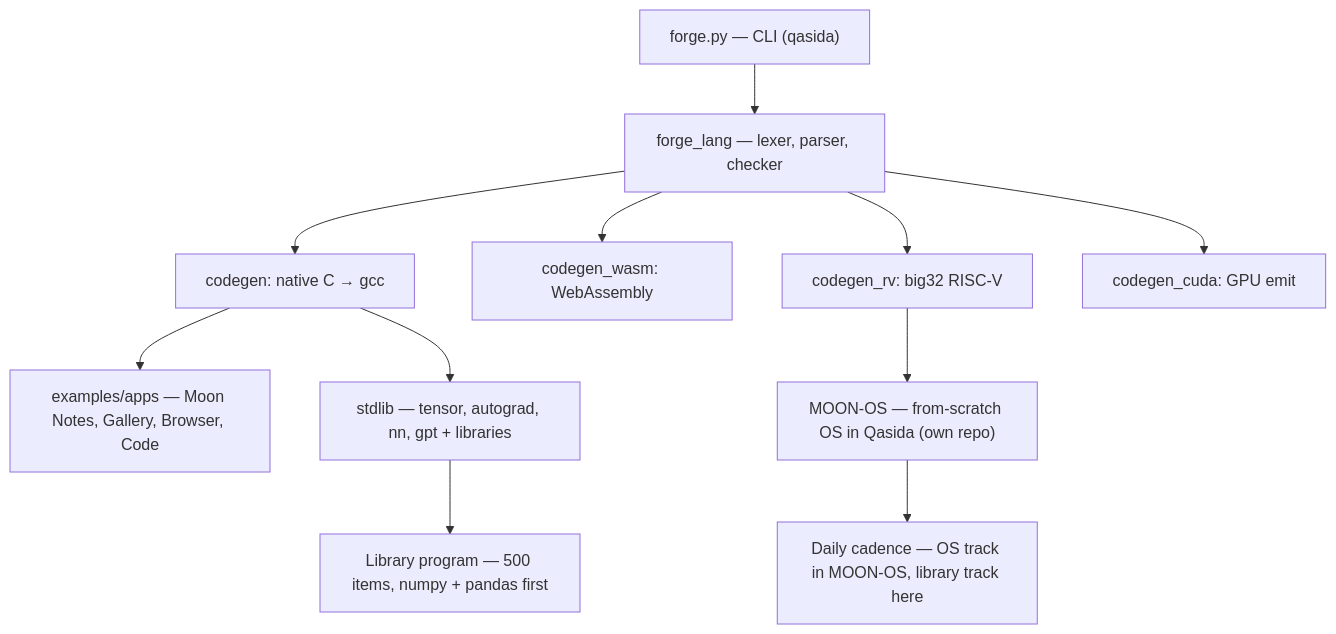
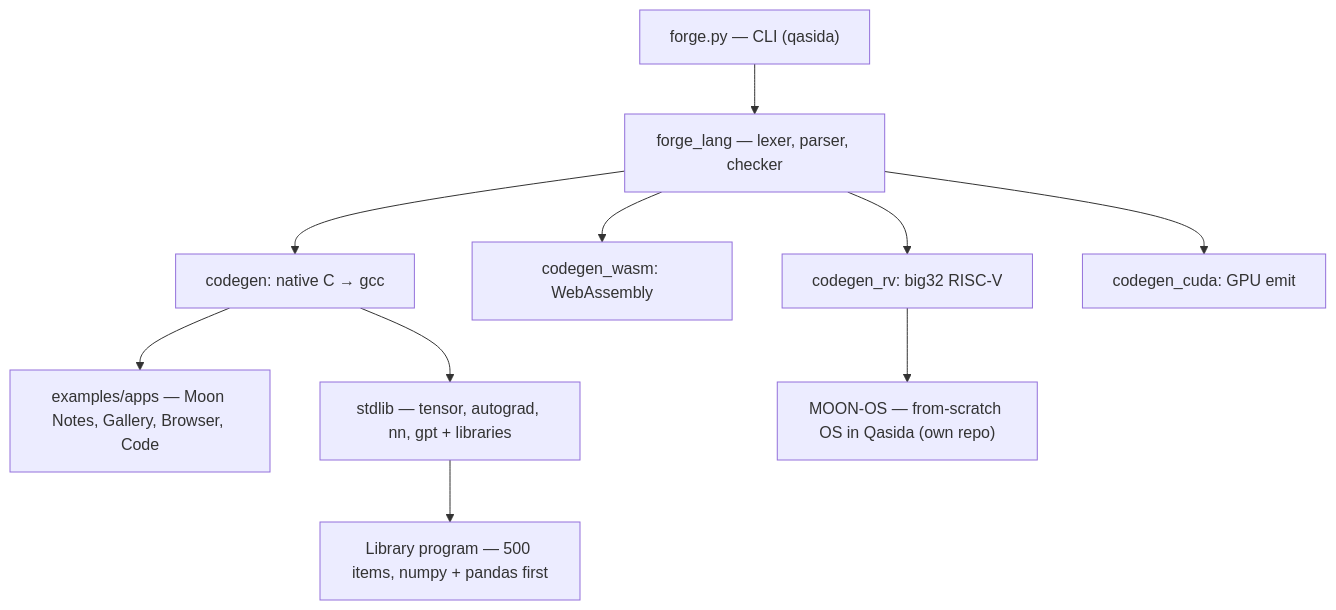
Before and after one commit to themythofsisyphusjayant/RED-MOON-: the second of 2 diagrams in README.md, drawn with Mermaid. The commit also changed other lines of this file and 80 other files, not shown here.

````diff
--- a/README.md
+++ b/README.md
@@ -277,13 +355,12 @@
 ```mermaid
 flowchart TD
     CLI["forge.py — CLI (qasida)"] --> LANG["forge_lang — lexer, parser, checker"]
     LANG --> NAT["codegen: native C → gcc"]
     LANG --> WASM["codegen_wasm: WebAssembly"]
     LANG --> RV["codegen_rv: big32 RISC-V"]
     LANG --> CUDA["codegen_cuda: GPU emit"]
     NAT --> APPS["examples/apps — Moon Notes, Gallery, Browser, Code"]
     NAT --> ML["stdlib — tensor, autograd, nn, gpt + libraries"]
     RV --> OS["MOON-OS — from-scratch OS in Qasida (own repo)"]
     ML --> LIBS["Library program — 500 items, numpy + pandas first"]
-    OS --> DAILY["Daily cadence — OS track in MOON-OS, library track here"]
 ```
````
